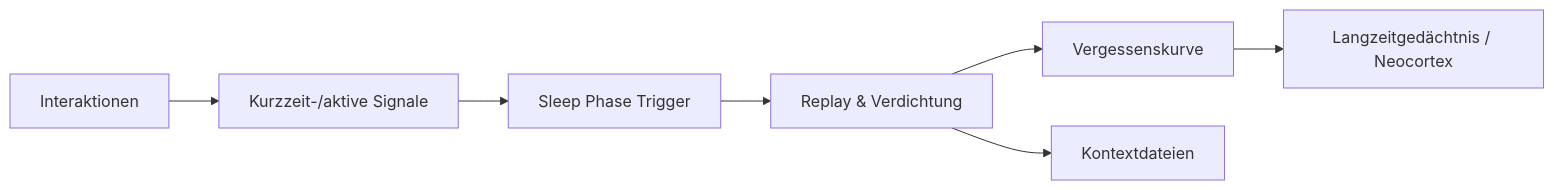
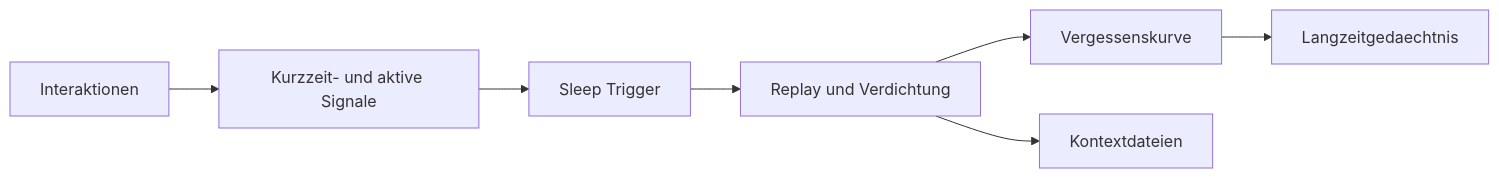
Before and after one commit to 017pixel/CHAPPiE: the second of 3 diagrams in docs/workflows.md, drawn with Mermaid. The commit also changed other lines of this file and 98 other files, not shown here.

````diff
--- a/docs/workflows.md
+++ b/docs/workflows.md
@@ -49,9 +39,9 @@
 ```mermaid
 flowchart LR
-    I[Interaktionen] --> STM[Kurzzeit-/aktive Signale]
-    STM --> SLEEP[Sleep Phase Trigger]
-    SLEEP --> REPLAY[Replay & Verdichtung]
-    REPLAY --> DECAY[Vergessenskurve]
-    DECAY --> LTM[Langzeitgedächtnis / Neocortex]
-    REPLAY --> CTX[Kontextdateien]
+    I["Interaktionen"] --> STM["Kurzzeit- und aktive Signale"]
+    STM --> SLEEP["Sleep Trigger"]
+    SLEEP --> REPLAY["Replay und Verdichtung"]
+    REPLAY --> DECAY["Vergessenskurve"]
+    DECAY --> LTM["Langzeitgedaechtnis"]
+    REPLAY --> CTX["Kontextdateien"]
 ```
````
